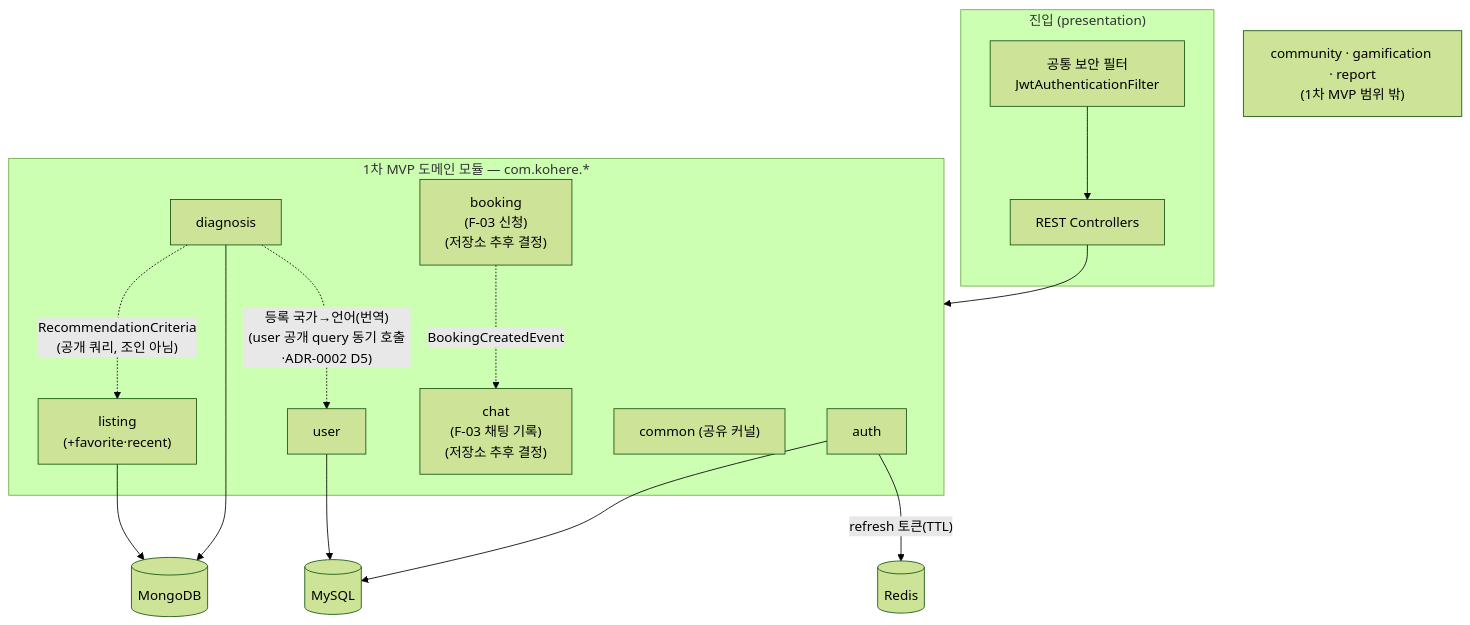
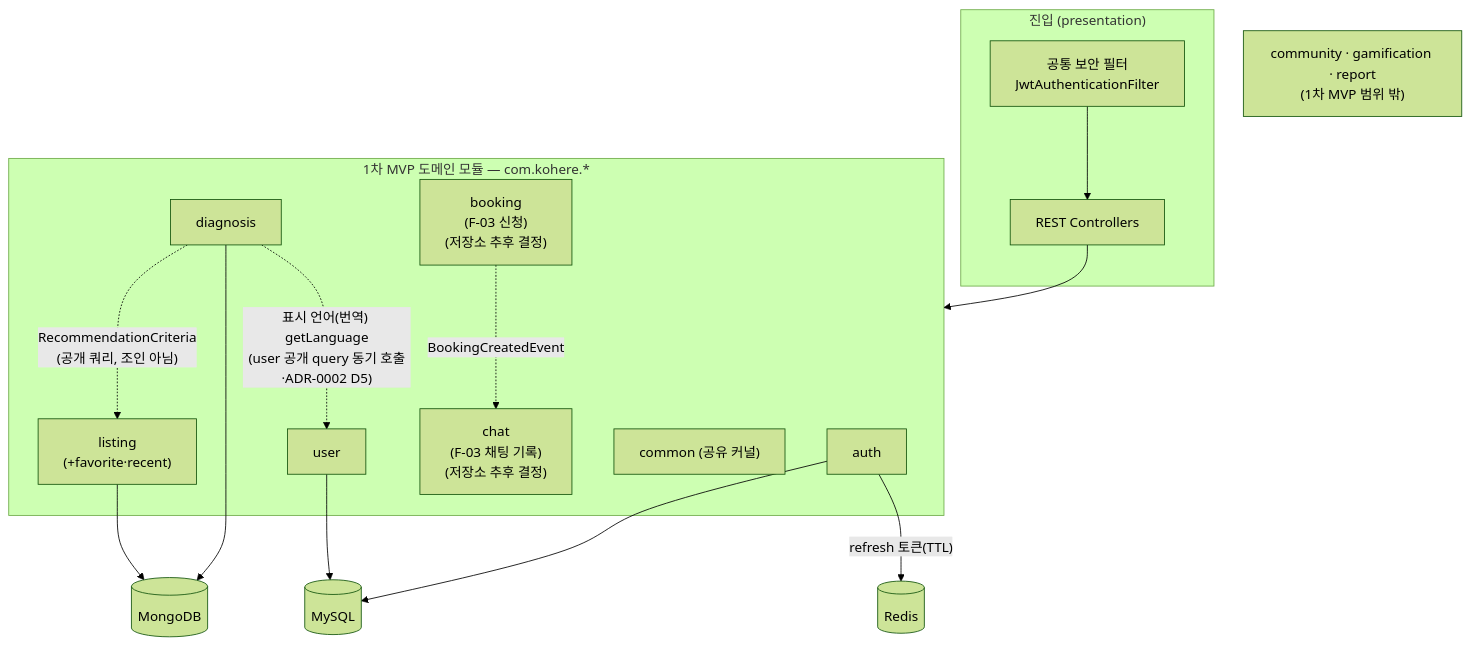
The second of 5 diagrams in docs/architecture/system-overview.md (jameskim9509/Kohere-backend), drawn with Mermaid (forest theme) before and after one commit. The commit also changed other lines of this file and 9 other files, not shown here.

````diff
--- a/docs/architecture/system-overview.md
+++ b/docs/architecture/system-overview.md
@@ -66,35 +66,35 @@
 ```mermaid
 flowchart TB
     subgraph Entry["진입 (presentation)"]
       FILTER["공통 보안 필터<br/>JwtAuthenticationFilter"]
       REST["REST Controllers"]
     end
 
     subgraph Mods["1차 MVP 도메인 모듈 — com.kohere.*"]
       AUTH["auth"]
       USER["user"]
       DIAG["diagnosis"]
       LIST["listing<br/>(+favorite·recent)"]
       BOOKING["booking<br/>(F-03 신청)<br/>(저장소 추후 결정)"]
       CHAT["chat<br/>(F-03 채팅 기록)<br/>(저장소 추후 결정)"]
       CMN["common (공유 커널)"]
     end
 
     MYSQL[("MySQL")]
     MONGO[("MongoDB")]
     REDIS[("Redis")]
 
     FILTER --> REST --> Mods
 
     DIAG -. "RecommendationCriteria<br/>(공개 쿼리, 조인 아님)" .-> LIST
-    DIAG -. "등록 국가→언어(번역)<br/>(user 공개 query 동기 호출·ADR-0002 D5)" .-> USER
+    DIAG -. "표시 언어(번역) getLanguage<br/>(user 공개 query 동기 호출·ADR-0002 D5)" .-> USER
     BOOKING -. "BookingCreatedEvent" .-> CHAT
 
     AUTH --> MYSQL
     AUTH -- "refresh 토큰(TTL)" --> REDIS
     USER --> MYSQL
     DIAG --> MONGO
     LIST --> MONGO
 
     DEFER["community · gamification · report<br/>(1차 MVP 범위 밖)"]
 ```
````
